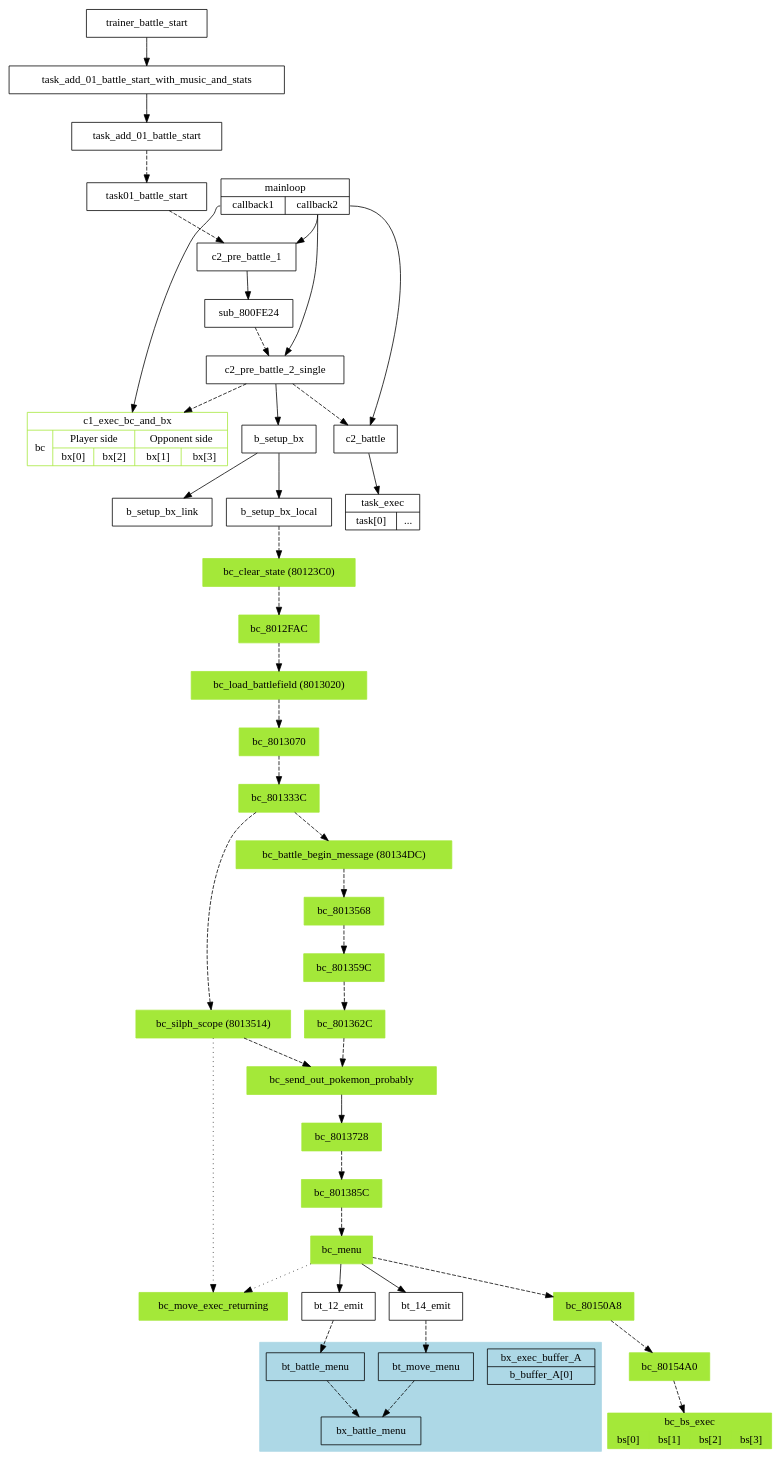
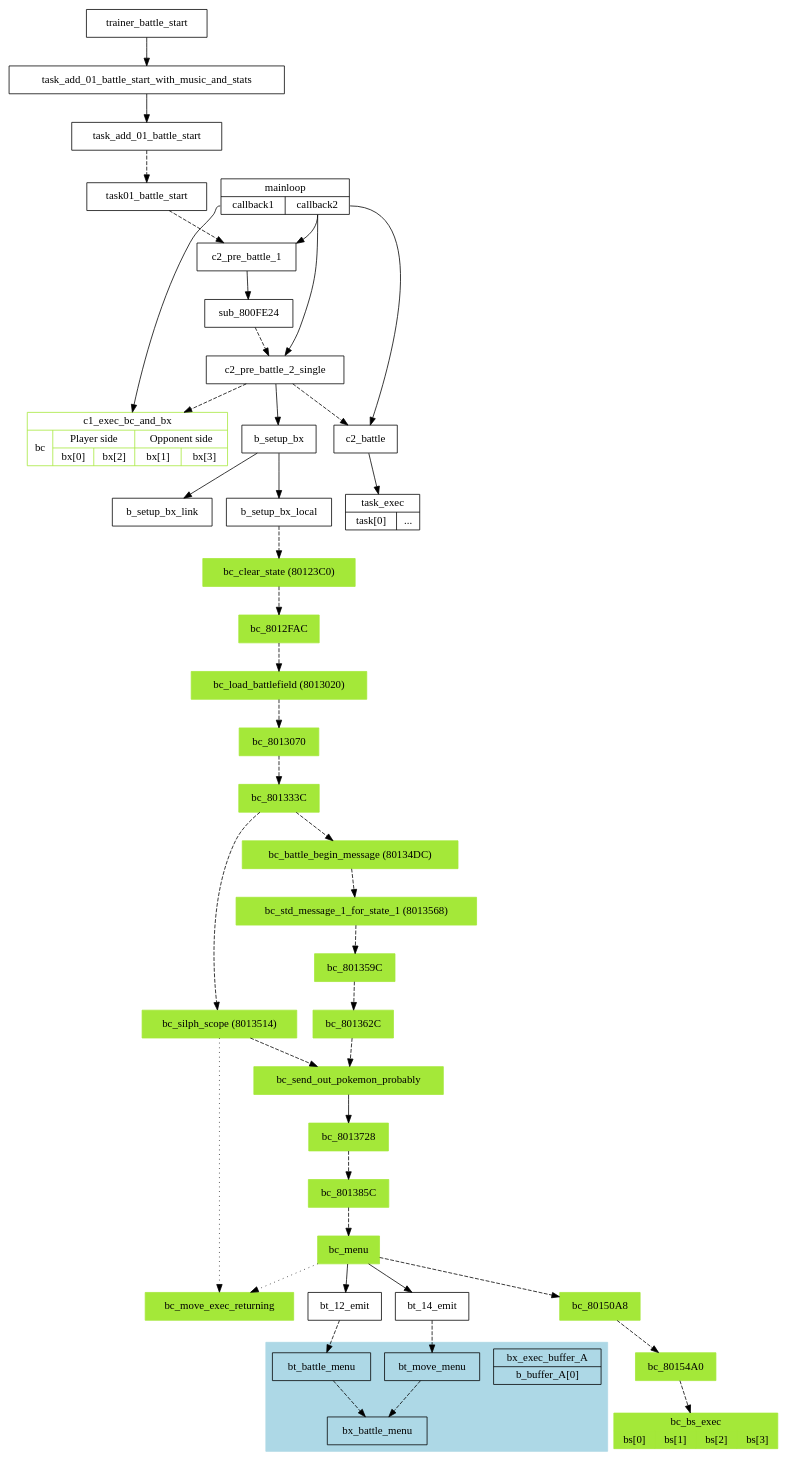
The diagram in img/doc_battle_startup.dot (abandoned-cocoon/firered), drawn with Graphviz before and after one commit. The commit also changed 40 other files, not shown here.

```diff
--- a/img/doc_battle_startup.dot
+++ b/img/doc_battle_startup.dot
@@ -1,86 +1,86 @@
 digraph {
 	graph [mclimit=40];
     node [shape="record"];
 
 	mainloop [label="{mainloop|{<c1>callback1|<c2>callback2}}"];
 
 	c2_battle [label="c2_battle"];
 	task_exec [label="{task_exec|{<t>task[0]|...}}"];
 
 	c1_exec_bc_and_bx [color="#a4e839" label="{c1_exec_bc_and_bx|{<bc>bc|{Player side|{bx[0]|bx[2]}}|{Opponent side|{bx[1]|<bx>bx[3]}}}}"];
 	bc_bs_exec [label="{bc_bs_exec|{<bs>bs[0]|bs[1]|bs[2]|bs[3]}}" color="#a4e839" style="filled"]
 	bc_move_exec_returning [color="#a4e839" style="filled" label="bc_move_exec_returning"]
 	bc_menu [color="#a4e839" style="filled"];
 	bc_80123C0 [color="#a4e839" style="filled" label="bc_clear_state (80123C0)"];
 	bc_8012FAC [color="#a4e839" style="filled"];
 	bc_8013020 [color="#a4e839" style="filled" label="bc_load_battlefield (8013020)"];
 	bc_8013070 [color="#a4e839" style="filled"];
 	bc_801333C [color="#a4e839" style="filled"];
 	bc_8013514 [color="#a4e839" style="filled" label="bc_silph_scope (8013514)"];
 	bc_80134DC [color="#a4e839" style="filled" label="bc_battle_begin_message (80134DC)"];
-	bc_8013568 [color="#a4e839" style="filled"];
+	bc_8013568 [color="#a4e839" style="filled" label="bc_std_message_1_for_state_1 (8013568)"];
 	bc_801359C [color="#a4e839" style="filled"];
 	bc_801362C [color="#a4e839" style="filled"];
 	bc_send_out_pokemon_probably [color="#a4e839" style="filled"];
 	bc_8013728 [color="#a4e839" style="filled"];
 	bc_801385C [color="#a4e839" style="filled"];
 	bc_80150A8 [color="#a4e839" style="filled"];
 	bc_80154A0 [color="#a4e839" style="filled"];
 
 	subgraph cluster_seven_times {
 		style=filled;
 		color=lightblue;
 
 		bx_exec_buffer_A [label="{bx_exec_buffer_A|<bt>b_buffer_A[0]}"]
 		bx_battle_menu [label="bx_battle_menu"];
 
 		bt_move_menu;
 		bt_battle_menu;
 	}
 
 	mainloop:c1 -> c1_exec_bc_and_bx;
 
 	mainloop:c2 -> c2_battle;
 	c2_battle -> task_exec;
 
 	mainloop:c2 -> c2_pre_battle_1
 	mainloop:c2 -> c2_pre_battle_2_single
 
 	trainer_battle_start -> task_add_01_battle_start_with_music_and_stats;
 	task_add_01_battle_start_with_music_and_stats -> task_add_01_battle_start;
 	task_add_01_battle_start -> task01_battle_start [style="dashed"];
 	task01_battle_start -> c2_pre_battle_1 [style="dashed"];
 	c2_pre_battle_1 -> sub_800FE24;
 	sub_800FE24 -> c2_pre_battle_2_single [style="dashed"];
 	c2_pre_battle_2_single -> c1_exec_bc_and_bx [style="dashed"];
 	c2_pre_battle_2_single -> c2_battle [style="dashed"];
 	c2_pre_battle_2_single -> b_setup_bx;
 	b_setup_bx -> b_setup_bx_local;
 	b_setup_bx -> b_setup_bx_link;
 	b_setup_bx_local -> bc_80123C0 [style="dashed"];
 	bc_80123C0 -> bc_8012FAC [style="dashed"];
 	bc_8012FAC -> bc_8013020 [style="dashed"];
 	bc_8013020 -> bc_8013070 [style="dashed"];
 	bc_8013070 -> bc_801333C [style="dashed"];
 	bc_801333C -> bc_8013514 [style="dashed"];
 	bc_801333C -> bc_80134DC [style="dashed"];
 	bc_8013514 -> bc_send_out_pokemon_probably [style="dashed"];
 	bc_8013514 -> bc_move_exec_returning [style="dotted"];
 	bc_80134DC -> bc_8013568 [style="dashed"];
 	bc_8013568 -> bc_801359C [style="dashed"];
 	bc_801359C -> bc_801362C [style="dashed"];
 	bc_801362C -> bc_send_out_pokemon_probably [style="dashed"];
 	bc_send_out_pokemon_probably -> bc_8013728;
 	bc_8013728 -> bc_801385C [style="dashed"];
 	bc_801385C -> bc_menu [style="dashed"];
 	bc_menu -> bt_12_emit;
 	bc_menu -> bt_14_emit;
 	bc_menu -> bc_move_exec_returning [style="dotted"];
 	bc_menu -> bc_80150A8 [style="dashed"];
 	bc_80150A8 -> bc_80154A0 [style="dashed"];
 	bc_80154A0 -> bc_bs_exec [style="dashed"];
 	bt_12_emit -> bt_battle_menu [style="dashed"];
 	bt_battle_menu -> bx_battle_menu [style="dashed"];
 	bt_14_emit -> bt_move_menu [style="dashed"];
 	bt_move_menu -> bx_battle_menu [style="dashed"];
 }
```
